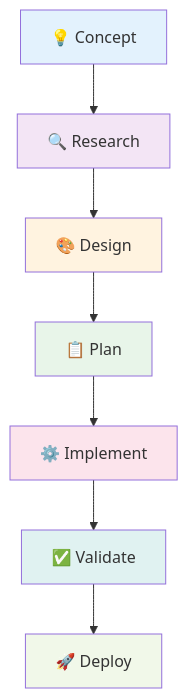
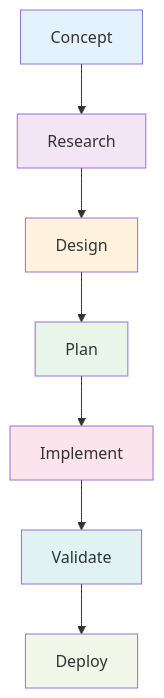
The first of 11 diagrams in docs-site/docs/workflows/overview.md (anton-abyzov/specweave), drawn with Mermaid before and after one commit. The commit also changed other lines of this file, not shown here.

Commit message:
remove emoji from Mermaid diagram node labels

````diff
--- a/docs-site/docs/workflows/overview.md
+++ b/docs-site/docs/workflows/overview.md
@@ -9,17 +9,17 @@
 ```mermaid
 graph TB
-    A[💡 Concept] --> B[🔍 Research]
-    B --> C[🎨 Design]
-    C --> D[📋 Plan]
-    D --> E[⚙️ Implement]
-    E --> F[✅ Validate]
-    F --> G[🚀 Deploy]
+    A[Concept] --> B[Research]
+    B --> C[Design]
+    C --> D[Plan]
+    D --> E[Implement]
+    E --> F[Validate]
+    F --> G[Deploy]
 
     style A fill:#e3f2fd
     style B fill:#f3e5f5
     style C fill:#fff3e0
     style D fill:#e8f5e9
     style E fill:#fce4ec
     style F fill:#e0f2f1
     style G fill:#f1f8e9
 ```
````
